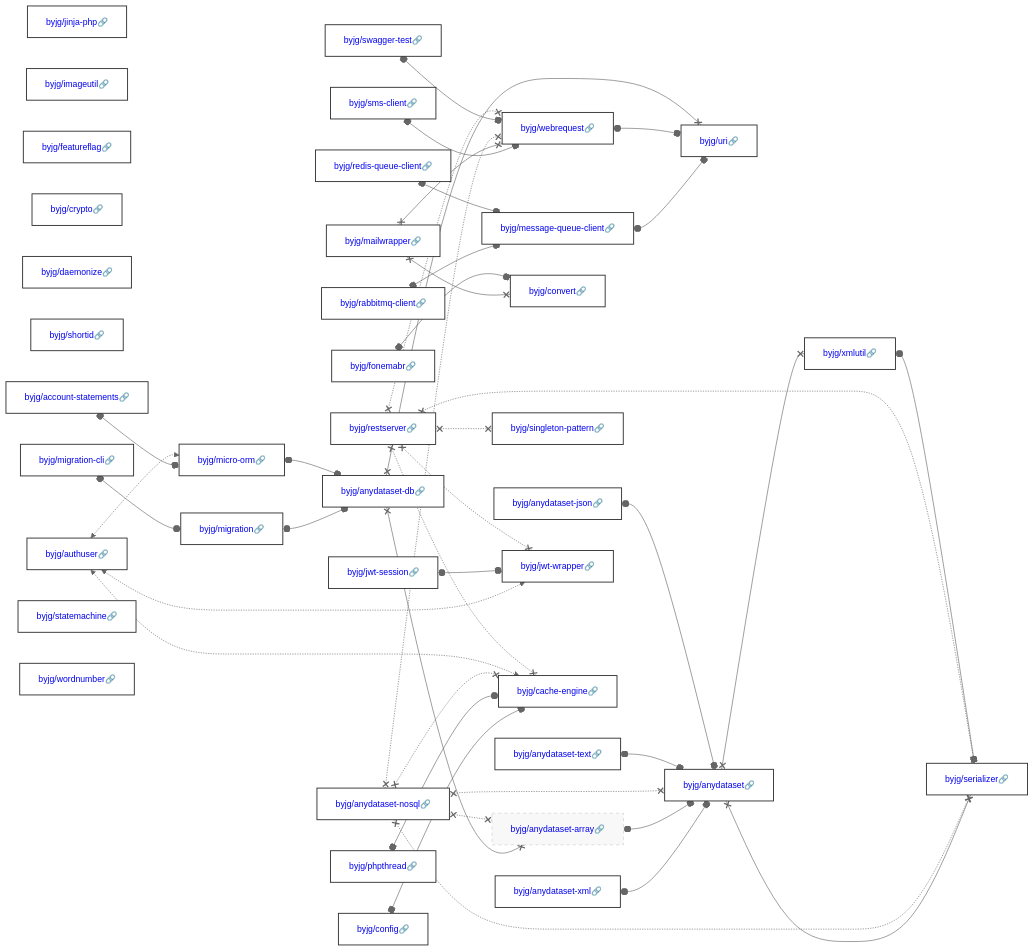
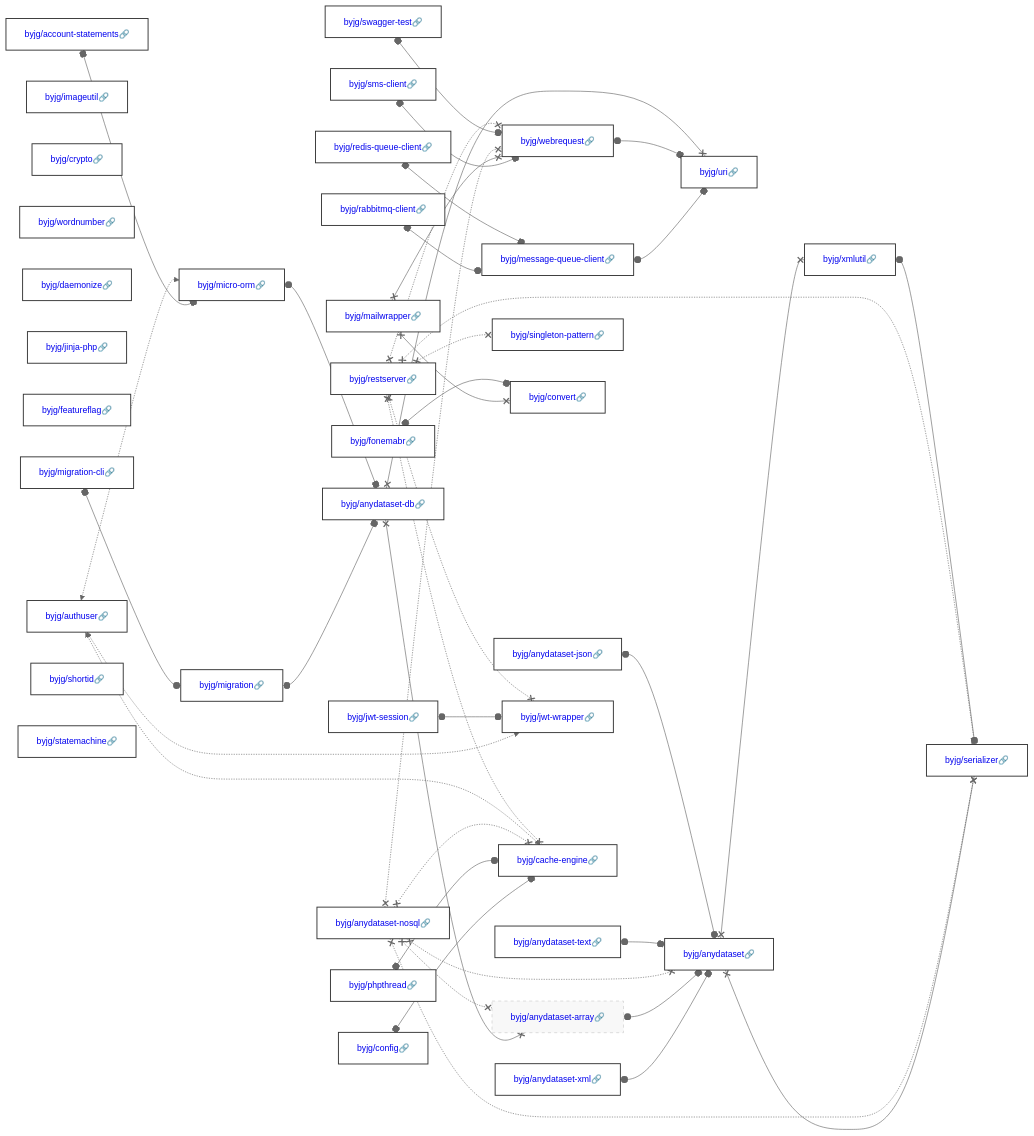
One commit to byjg/byjg.github.io changed the diagram in docs/php/README.md. Above: the diagram before and after it, drawn with Mermaid (neutral theme). The commit also changed other lines of this file, not shown here.

Commit message:
Update documentation 'php' 'php-account-statements'

````diff
--- a/docs/php/README.md
+++ b/docs/php/README.md
@@ -3,36 +3,36 @@
 ```mermaid
 graph LR;
+  byjg/phpthread[<a href='https://opensource.byjg.com/docs/php/phpthread' style='text-decoration:none'>byjg/phpthread🔗</a>];
+  byjg/authuser[<a href='https://opensource.byjg.com/docs/php/authuser' style='text-decoration:none'>byjg/authuser🔗</a>];
+  byjg/imageutil[<a href='https://opensource.byjg.com/docs/php/imageutil' style='text-decoration:none'>byjg/imageutil🔗</a>];
+  byjg/fonemabr[<a href='https://opensource.byjg.com/docs/php/fonemabr' style='text-decoration:none'>byjg/fonemabr🔗</a>];
+  byjg/rabbitmq-client[<a href='https://opensource.byjg.com/docs/php/rabbitmq-client' style='text-decoration:none'>byjg/rabbitmq-client🔗</a>];
+  byjg/redis-queue-client[<a href='https://opensource.byjg.com/docs/php/redis-queue-client' style='text-decoration:none'>byjg/redis-queue-client🔗</a>];
+  byjg/crypto[<a href='https://opensource.byjg.com/docs/php/crypto' style='text-decoration:none'>byjg/crypto🔗</a>];
+  byjg/anydataset-text[<a href='https://opensource.byjg.com/docs/php/anydataset-text' style='text-decoration:none'>byjg/anydataset-text🔗</a>];
+  byjg/wordnumber[<a href='https://opensource.byjg.com/docs/php/wordnumber' style='text-decoration:none'>byjg/wordnumber🔗</a>];
+  byjg/sms-client[<a href='https://opensource.byjg.com/docs/php/sms-client' style='text-decoration:none'>byjg/sms-client🔗</a>];
+  byjg/daemonize[<a href='https://opensource.byjg.com/docs/php/daemonize' style='text-decoration:none'>byjg/daemonize🔗</a>];
+  byjg/jinja-php[<a href='https://opensource.byjg.com/docs/php/jinja-php' style='text-decoration:none'>byjg/jinja-php🔗</a>];
+  byjg/featureflag[<a href='https://opensource.byjg.com/docs/php/featureflag' style='text-decoration:none'>byjg/featureflag🔗</a>];
+  byjg/account-statements[<a href='https://opensource.byjg.com/docs/php/account-statements' style='text-decoration:none'>byjg/account-statements🔗</a>];
+  byjg/migration-cli[<a href='https://opensource.byjg.com/docs/php/migration-cli' style='text-decoration:none'>byjg/migration-cli🔗</a>];
+  byjg/anydataset-json[<a href='https://opensource.byjg.com/docs/php/anydataset-json' style='text-decoration:none'>byjg/anydataset-json🔗</a>];
+  byjg/shortid[<a href='https://opensource.byjg.com/docs/php/shortid' style='text-decoration:none'>byjg/shortid🔗</a>];
   byjg/anydataset-nosql[<a href='https://opensource.byjg.com/docs/php/anydataset-nosql' style='text-decoration:none'>byjg/anydataset-nosql🔗</a>];
-  byjg/jinja-php[<a href='https://opensource.byjg.com/docs/php/jinja-php' style='text-decoration:none'>byjg/jinja-php🔗</a>];
+  byjg/restserver[<a href='https://opensource.byjg.com/docs/php/restserver' style='text-decoration:none'>byjg/restserver🔗</a>];
+  byjg/mailwrapper[<a href='https://opensource.byjg.com/docs/php/mailwrapper' style='text-decoration:none'>byjg/mailwrapper🔗</a>];
+  byjg/statemachine[<a href='https://opensource.byjg.com/docs/php/statemachine' style='text-decoration:none'>byjg/statemachine🔗</a>];
   byjg/swagger-test[<a href='https://opensource.byjg.com/docs/php/swagger-test' style='text-decoration:none'>byjg/swagger-test🔗</a>];
-  byjg/imageutil[<a href='https://opensource.byjg.com/docs/php/imageutil' style='text-decoration:none'>byjg/imageutil🔗</a>];
-  byjg/sms-client[<a href='https://opensource.byjg.com/docs/php/sms-client' style='text-decoration:none'>byjg/sms-client🔗</a>];
+  byjg/jwt-session[<a href='https://opensource.byjg.com/docs/php/jwt-session' style='text-decoration:none'>byjg/jwt-session🔗</a>];
   byjg/config[<a href='https://opensource.byjg.com/docs/php/config' style='text-decoration:none'>byjg/config🔗</a>];
-  byjg/fonemabr[<a href='https://opensource.byjg.com/docs/php/fonemabr' style='text-decoration:none'>byjg/fonemabr🔗</a>];
-  byjg/mailwrapper[<a href='https://opensource.byjg.com/docs/php/mailwrapper' style='text-decoration:none'>byjg/mailwrapper🔗</a>];
-  byjg/featureflag[<a href='https://opensource.byjg.com/docs/php/featureflag' style='text-decoration:none'>byjg/featureflag🔗</a>];
-  byjg/crypto[<a href='https://opensource.byjg.com/docs/php/crypto' style='text-decoration:none'>byjg/crypto🔗</a>];
-  byjg/daemonize[<a href='https://opensource.byjg.com/docs/php/daemonize' style='text-decoration:none'>byjg/daemonize🔗</a>];
-  byjg/rabbitmq-client[<a href='https://opensource.byjg.com/docs/php/rabbitmq-client' style='text-decoration:none'>byjg/rabbitmq-client🔗</a>];
-  byjg/jwt-session[<a href='https://opensource.byjg.com/docs/php/jwt-session' style='text-decoration:none'>byjg/jwt-session🔗</a>];
-  byjg/redis-queue-client[<a href='https://opensource.byjg.com/docs/php/redis-queue-client' style='text-decoration:none'>byjg/redis-queue-client🔗</a>];
   byjg/anydataset-xml[<a href='https://opensource.byjg.com/docs/php/anydataset-xml' style='text-decoration:none'>byjg/anydataset-xml🔗</a>];
-  byjg/restserver[<a href='https://opensource.byjg.com/docs/php/restserver' style='text-decoration:none'>byjg/restserver🔗</a>];
-  byjg/shortid[<a href='https://opensource.byjg.com/docs/php/shortid' style='text-decoration:none'>byjg/shortid🔗</a>];
-  byjg/migration-cli[<a href='https://opensource.byjg.com/docs/php/migration-cli' style='text-decoration:none'>byjg/migration-cli🔗</a>];
-  byjg/account-statements[<a href='https://opensource.byjg.com/docs/php/account-statements' style='text-decoration:none'>byjg/account-statements🔗</a>];
-  byjg/anydataset-text[<a href='https://opensource.byjg.com/docs/php/anydataset-text' style='text-decoration:none'>byjg/anydataset-text🔗</a>];
-  byjg/authuser[<a href='https://opensource.byjg.com/docs/php/authuser' style='text-decoration:none'>byjg/authuser🔗</a>];
-  byjg/statemachine[<a href='https://opensource.byjg.com/docs/php/statemachine' style='text-decoration:none'>byjg/statemachine🔗</a>];
-  byjg/phpthread[<a href='https://opensource.byjg.com/docs/php/phpthread' style='text-decoration:none'>byjg/phpthread🔗</a>];
-  byjg/anydataset-json[<a href='https://opensource.byjg.com/docs/php/anydataset-json' style='text-decoration:none'>byjg/anydataset-json🔗</a>];
-  byjg/wordnumber[<a href='https://opensource.byjg.com/docs/php/wordnumber' style='text-decoration:none'>byjg/wordnumber🔗</a>];
+  byjg/message-queue-client[<a href='https://opensource.byjg.com/docs/php/message-queue-client' style='text-decoration:none'>byjg/message-queue-client🔗</a>];
+  byjg/micro-orm[<a href='https://opensource.byjg.com/docs/php/micro-orm' style='text-decoration:none'>byjg/micro-orm🔗</a>];
+  byjg/migration[<a href='https://opensource.byjg.com/docs/php/migration' style='text-decoration:none'>byjg/migration🔗</a>];
+  byjg/singleton-pattern[<a href='https://opensource.byjg.com/docs/php/singleton-pattern' style='text-decoration:none'>byjg/singleton-pattern🔗</a>];
   byjg/convert[<a href='https://opensource.byjg.com/docs/php/convert' style='text-decoration:none'>byjg/convert🔗</a>];
-  byjg/message-queue-client[<a href='https://opensource.byjg.com/docs/php/message-queue-client' style='text-decoration:none'>byjg/message-queue-client🔗</a>];
-  byjg/singleton-pattern[<a href='https://opensource.byjg.com/docs/php/singleton-pattern' style='text-decoration:none'>byjg/singleton-pattern🔗</a>];
   byjg/webrequest[<a href='https://opensource.byjg.com/docs/php/webrequest' style='text-decoration:none'>byjg/webrequest🔗</a>];
-  byjg/migration[<a href='https://opensource.byjg.com/docs/php/migration' style='text-decoration:none'>byjg/migration🔗</a>];
-  byjg/micro-orm[<a href='https://opensource.byjg.com/docs/php/micro-orm' style='text-decoration:none'>byjg/micro-orm🔗</a>];
   byjg/jwt-wrapper[<a href='https://opensource.byjg.com/docs/php/jwt-wrapper' style='text-decoration:none'>byjg/jwt-wrapper🔗</a>];
   byjg/cache-engine[<a href='https://opensource.byjg.com/docs/php/cache-engine' style='text-decoration:none'>byjg/cache-engine🔗</a>];
   byjg/anydataset-db[<a href='https://opensource.byjg.com/docs/php/anydataset-db' style='text-decoration:none'>byjg/anydataset-db🔗</a>];
````
